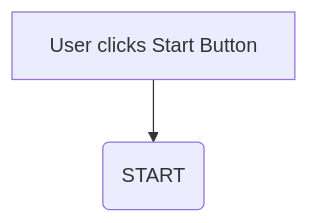
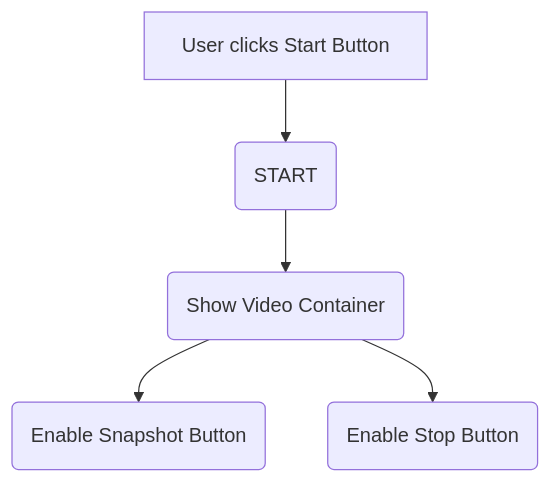
The first of 3 diagrams in README.md (rebeccapeltz/webapi-camera), drawn with Mermaid before and after one commit.

Commit message:
more mermaid

````diff
--- a/README.md
+++ b/README.md
@@ -5,5 +5,8 @@
 ```mermaid
 flowchart TD
 
 id0[User clicks Start Button] --> id1(START)
+id1(START) --> id2(Show Video Container)
+id2(Show Video Container) --> id3(Enable Snapshot Button)
+id2(Show Video Container) --> id4(Enable Stop Button)
 ```
````
